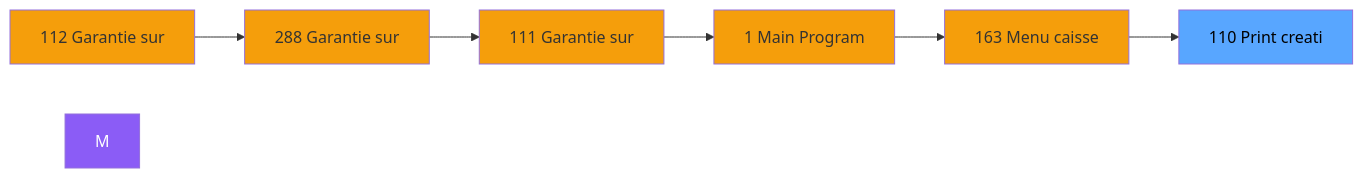
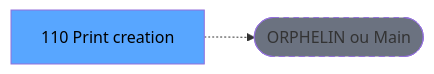
Before and after one commit to thonyAGP/lecteur-magic: the second of 3 diagrams in .openspec/renders/ADH-IDE-110.md, drawn with Mermaid. The commit also changed other lines of this file and 701 other files, not shown here.

````diff
--- a/.openspec/renders/ADH-IDE-110.md
+++ b/.openspec/renders/ADH-IDE-110.md
@@ -127,21 +124,8 @@
 ```mermaid
 graph LR
-    N112[112 Garantie sur]
-    N288[288 Garantie sur]
-    N111[111 Garantie sur]
-    N1[1 Main Program]
-    N163[163 Menu caisse ]
-    T[110 Print creati]
-    N112 --> N288
-    N288 --> N111
-    N111 --> N1
-    N1 --> N163
-    N163 --> T
-    style M fill:#8b5cf6,color:#fff
-    style N112 fill:#f59e0b
-    style N288 fill:#f59e0b
-    style N111 fill:#f59e0b
-    style N1 fill:#f59e0b
-    style N163 fill:#f59e0b
+    T[110 Print creation ]
+    ORPHAN([ORPHELIN ou Main])
+    T -.-> ORPHAN
     style T fill:#58a6ff,color:#000
+    style ORPHAN fill:#6b7280,stroke-dasharray: 5 5
 ```
````
